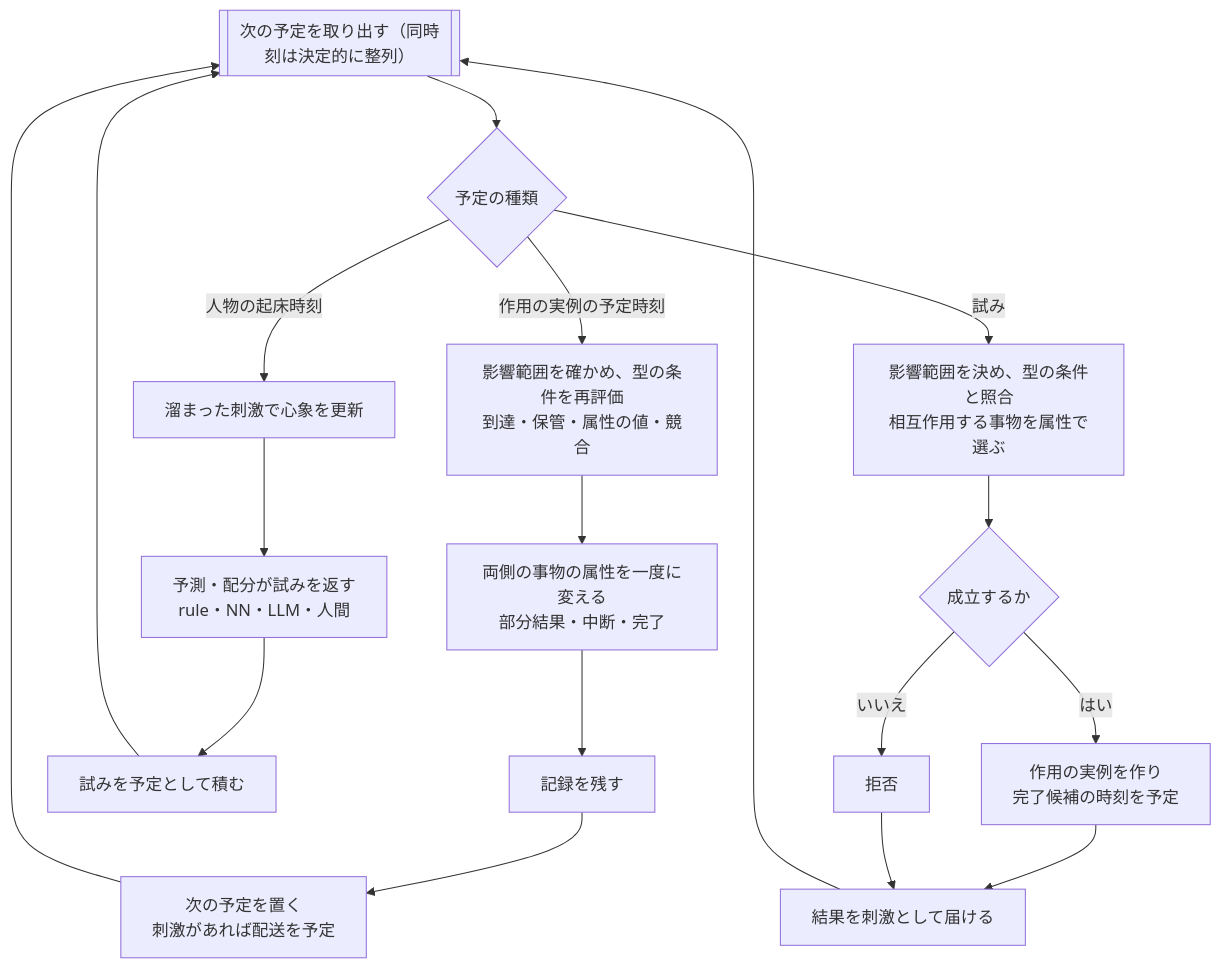
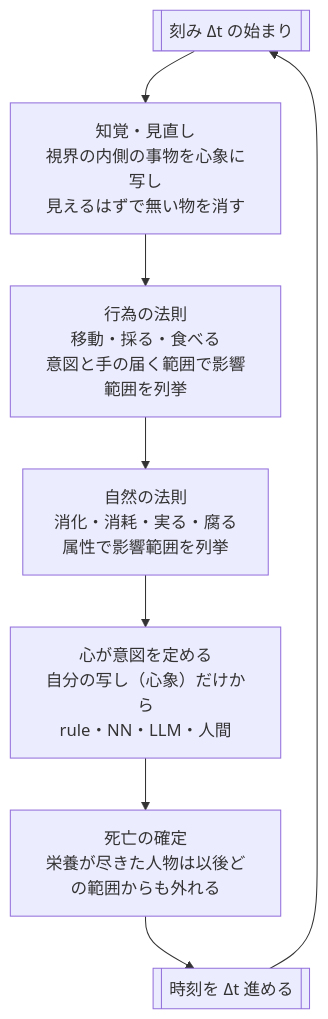
The second of 2 diagrams in docs/DESIGN.md (demerzel09/Medieval-Simulator), drawn with Mermaid before and after one commit. The commit also changed other lines of this file and 10 other files, not shown here.

````diff
--- a/docs/DESIGN.md
+++ b/docs/DESIGN.md
@@ -105,20 +110,10 @@
 ```mermaid
 flowchart TD
-  Q[["次の予定を取り出す（同時刻は決定的に整列）"]] --> K{予定の種類}
-  K -->|"作用の実例の予定時刻"| A1["影響範囲を確かめ、型の条件を再評価<br/>到達・保管・属性の値・競合"]
-  A1 --> A2["両側の事物の属性を一度に変える<br/>部分結果・中断・完了"]
-  A2 --> A3["記録を残す"]
-  A3 --> A4["次の予定を置く<br/>刺激があれば配送を予定"]
-  A4 --> Q
-  K -->|"人物の起床時刻"| B1["溜まった刺激で心象を更新"]
-  B1 --> B2["予測・配分が試みを返す<br/>rule・NN・LLM・人間"]
-  B2 --> B3["試みを予定として積む"]
-  B3 --> Q
-  K -->|"試み"| C1["影響範囲を決め、型の条件と照合<br/>相互作用する事物を属性で選ぶ"]
-  C1 --> C2{"成立するか"}
-  C2 -->|"はい"| C3["作用の実例を作り<br/>完了候補の時刻を予定"]
-  C2 -->|"いいえ"| C5["拒否"]
-  C3 --> C4["結果を刺激として届ける"]
-  C5 --> C4
-  C4 --> Q
+  T0[["刻み Δt の始まり"]] --> S1["知覚・見直し<br/>視界の内側の事物を心象に写し<br/>見えるはずで無い物を消す"]
+  S1 --> S2["行為の法則<br/>移動・採る・食べる<br/>意図と手の届く範囲で影響範囲を列挙"]
+  S2 --> S3["自然の法則<br/>消化・消耗・実る・腐る<br/>属性で影響範囲を列挙"]
+  S3 --> S4["心が意図を定める<br/>自分の写し（心象）だけから<br/>rule・NN・LLM・人間"]
+  S4 --> S5["死亡の確定<br/>栄養が尽きた人物は以後どの範囲からも外れる"]
+  S5 --> T1[["時刻を Δt 進める"]]
+  T1 --> T0
 ```
````
